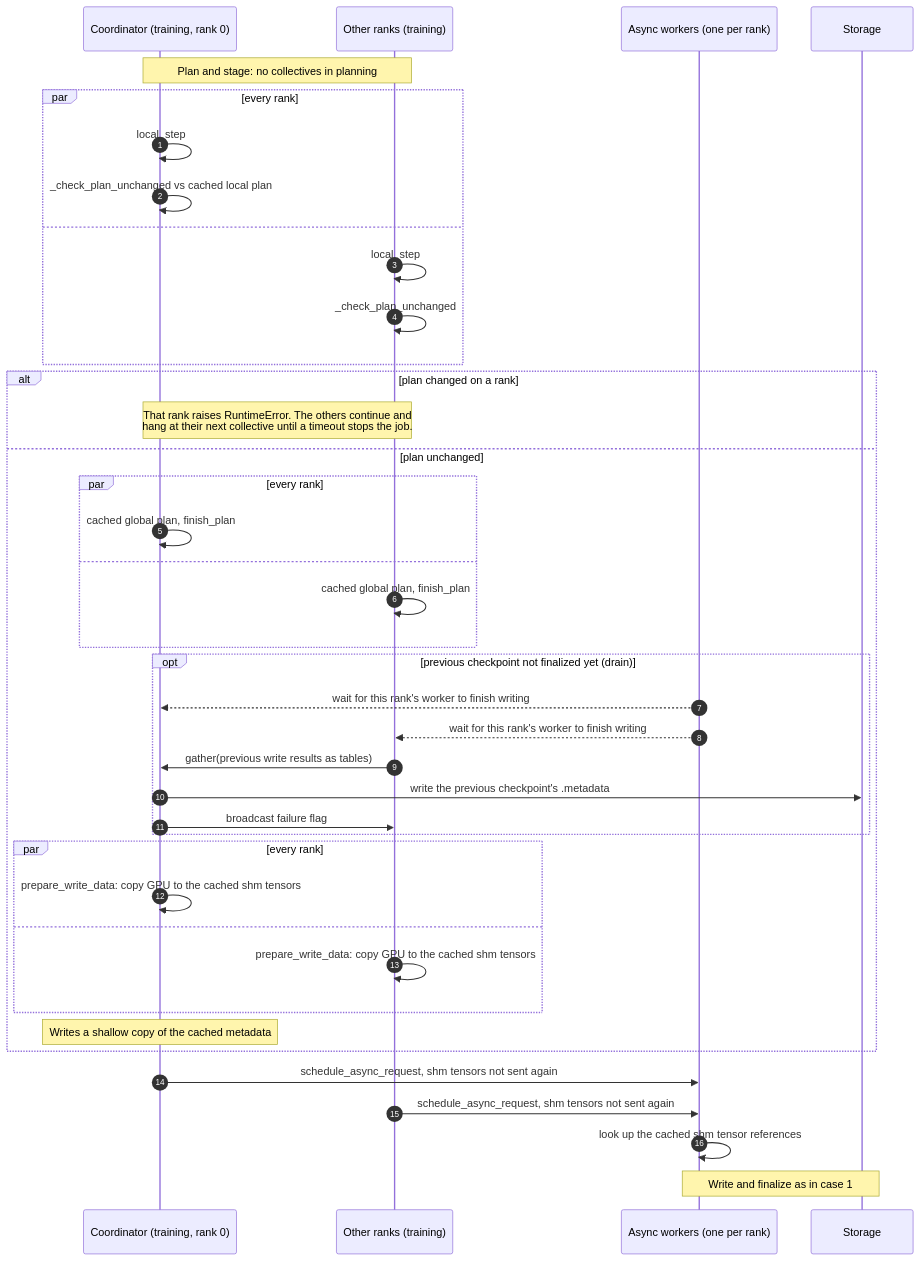
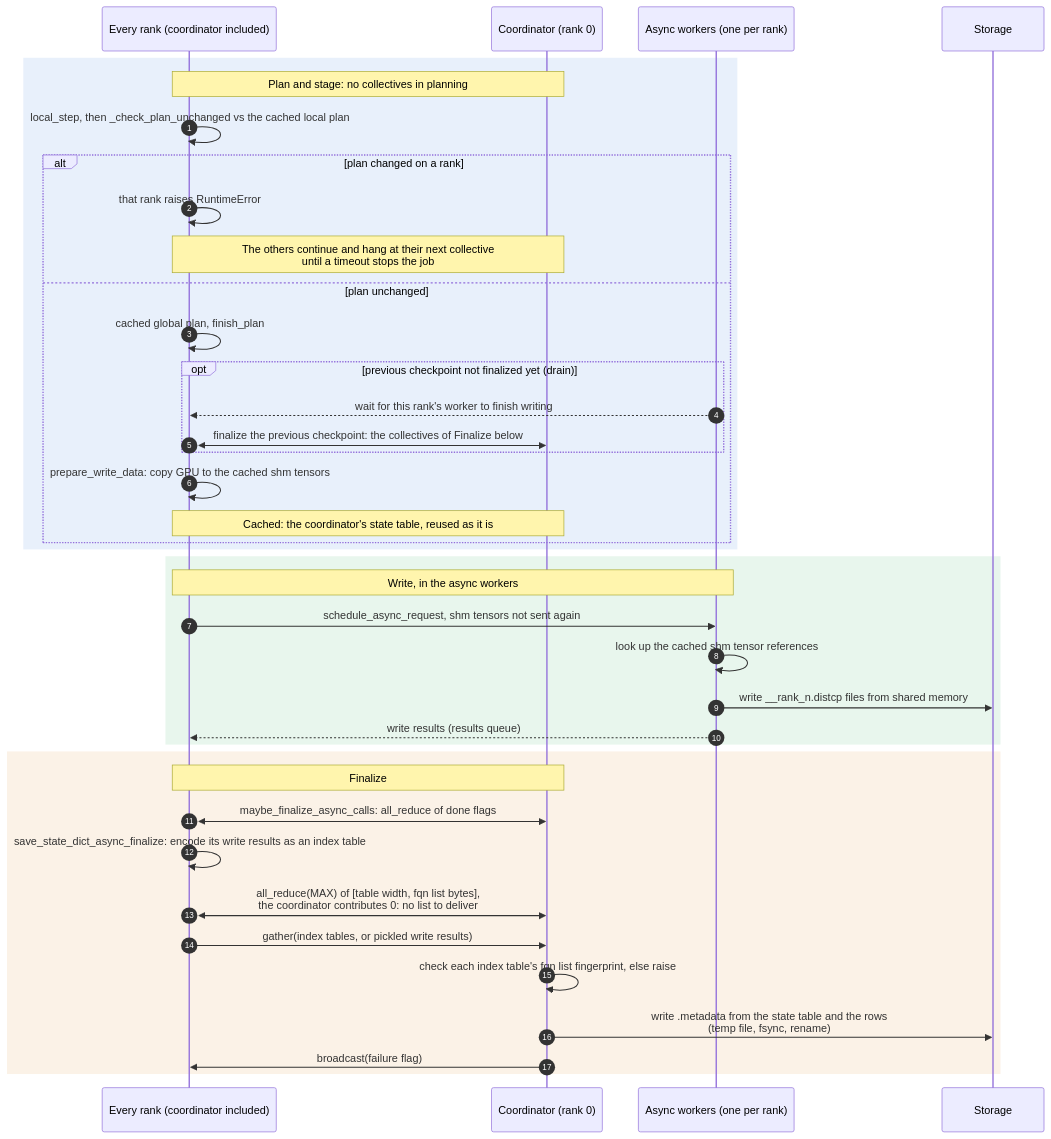
One commit to NVIDIA/nvidia-resiliency-ext changed the fourth of 5 diagrams in docs/design/checkpoint/ASYNC_SAVE.md. Above: the diagram before and after it, drawn with Mermaid. The commit also changed other lines of this file, not shown here.

First line of the commit message:
Describe global metadata as tables in the async save design doc

````diff
--- a/docs/design/checkpoint/ASYNC_SAVE.md
+++ b/docs/design/checkpoint/ASYNC_SAVE.md
@@ -102,44 +281,44 @@
 ```mermaid
 sequenceDiagram
     autonumber
-    participant C as Coordinator (training, rank 0)
-    participant R as Other ranks (training)
+    participant R as Every rank (coordinator included)
+    participant C as Coordinator (rank 0)
     participant W as Async workers (one per rank)
     participant S as Storage
 
-    Note over C,R: Plan and stage: no collectives in planning
-    par every rank
-        C->>C: local_step
-        C->>C: _check_plan_unchanged vs cached local plan
-    and
-        R->>R: local_step
-        R->>R: _check_plan_unchanged
+    rect rgba(70, 130, 220, 0.12)
+    Note over R,C: Plan and stage: no collectives in planning
+    R->>R: local_step, then _check_plan_unchanged vs the cached local plan
+    alt plan changed on a rank
+        R->>R: that rank raises RuntimeError
+        Note over R,C: The others continue and hang at their next collective<br/>until a timeout stops the job
+    else plan unchanged
+        R->>R: cached global plan, finish_plan
+        opt previous checkpoint not finalized yet (drain)
+            W-->>R: wait for this rank's worker to finish writing
+            R<<->>C: finalize the previous checkpoint: the collectives of Finalize below
+        end
+        R->>R: prepare_write_data: copy GPU to the cached shm tensors
+        Note over R,C: Cached: the coordinator's state table, reused as it is
     end
-    alt plan changed on a rank
-        Note over C,R: That rank raises RuntimeError. The others continue and<br/>hang at their next collective until a timeout stops the job.
-    else plan unchanged
-        par every rank
-            C->>C: cached global plan, finish_plan
-        and
-            R->>R: cached global plan, finish_plan
-        end
-        opt previous checkpoint not finalized yet (drain)
-            W-->>C: wait for this rank's worker to finish writing
-            W-->>R: wait for this rank's worker to finish writing
-            R->>C: gather(previous write results as tables)
-            C->>S: write the previous checkpoint's .metadata
-            C->>R: broadcast failure flag
-        end
-        par every rank
-            C->>C: prepare_write_data: copy GPU to the cached shm tensors
-        and
-            R->>R: prepare_write_data: copy GPU to the cached shm tensors
-        end
-        Note over C: Writes a shallow copy of the cached metadata
     end
 
-    C->>W: schedule_async_request, shm tensors not sent again
+    rect rgba(70, 180, 110, 0.12)
+    Note over R,W: Write, in the async workers
     R->>W: schedule_async_request, shm tensors not sent again
     W->>W: look up the cached shm tensor references
-    Note over W,S: Write and finalize as in case 1
+    W->>S: write __rank_n.distcp files from shared memory
+    W-->>R: write results (results queue)
+    end
+
+    rect rgba(220, 150, 60, 0.12)
+    Note over R,C: Finalize
+    R<<->>C: maybe_finalize_async_calls: all_reduce of done flags
+    R->>R: save_state_dict_async_finalize: encode its write results as an index table
+    R<<->>C: all_reduce(MAX) of [table width, fqn list bytes],<br/>the coordinator contributes 0: no list to deliver
+    R->>C: gather(index tables, or pickled write results)
+    C->>C: check each index table's fqn list fingerprint, else raise
+    C->>S: write .metadata from the state table and the rows<br/>(temp file, fsync, rename)
+    C->>R: broadcast(failure flag)
+    end
 ```
````
